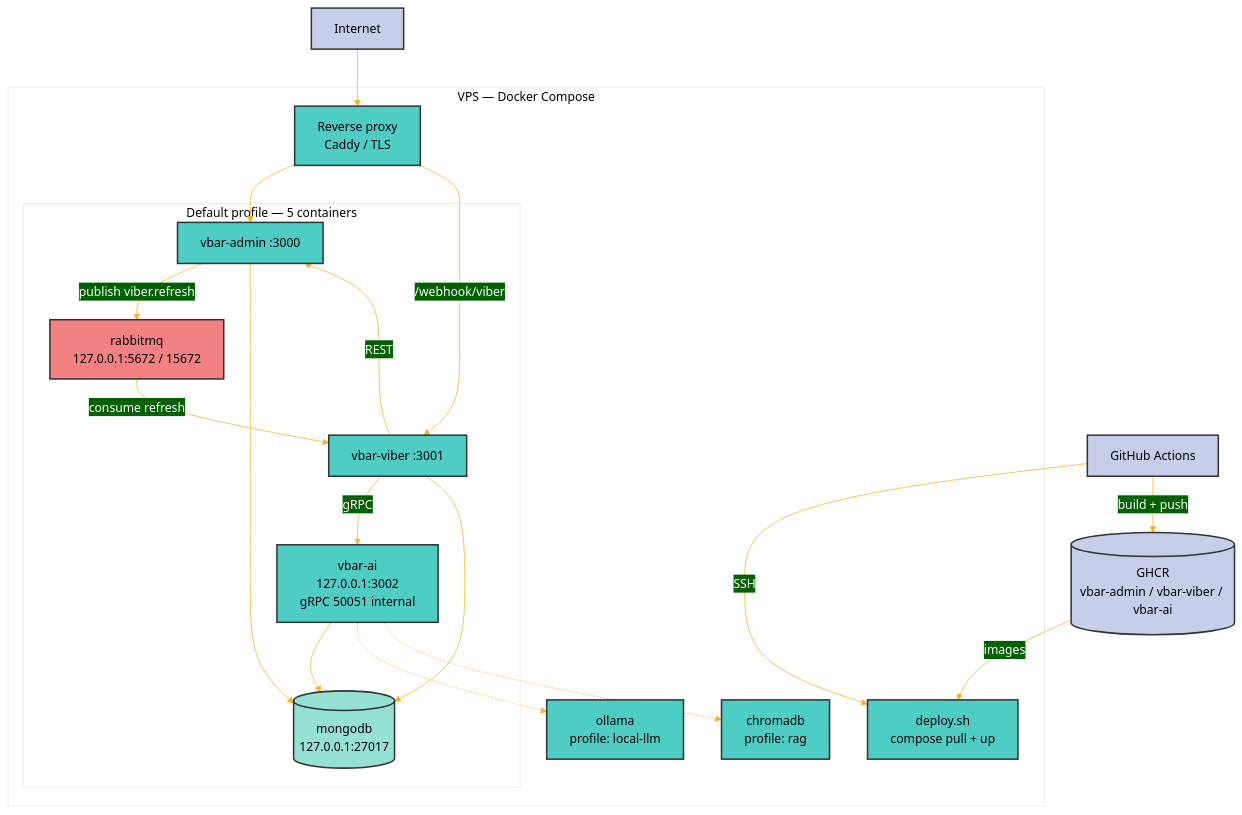
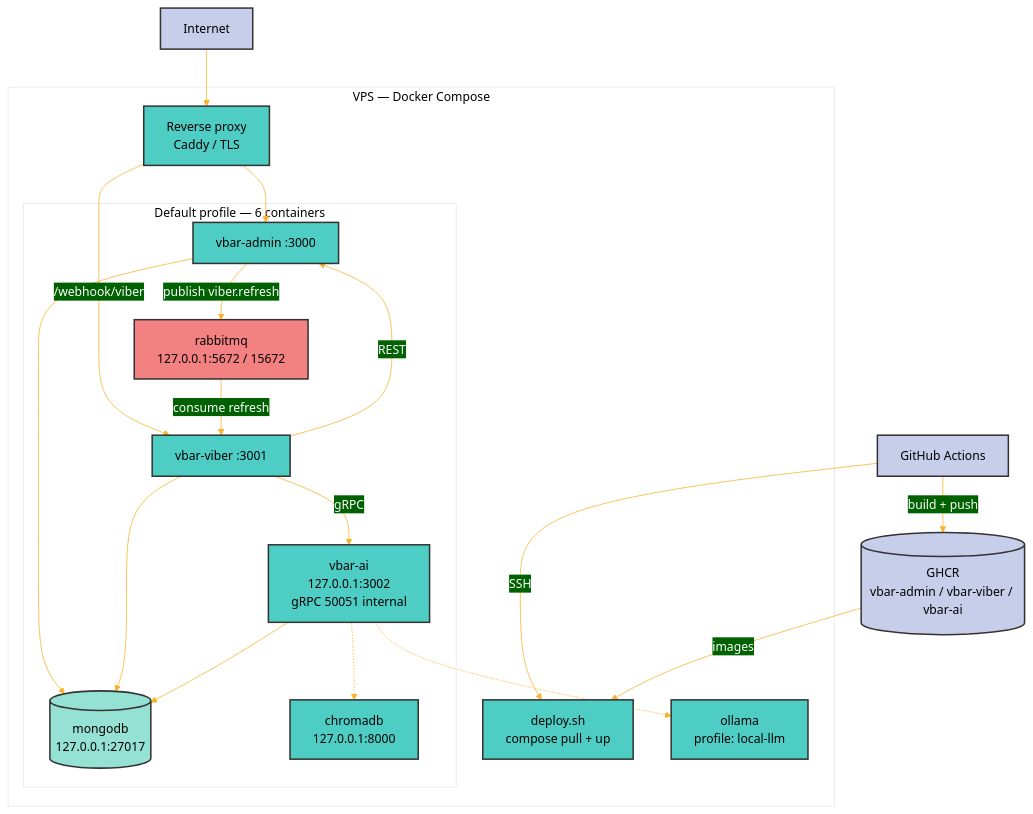
The diagram in documentation/diagrams/deployment.mmd (valiobar/vbar-viber-bot), drawn with Mermaid before and after one commit. The commit also changed 14 other files, not shown here.

First line of the commit message:
feat: Update documentation and configuration for Chroma integration in the default stack

```diff
--- a/documentation/diagrams/deployment.mmd
+++ b/documentation/diagrams/deployment.mmd
@@ -1,49 +1,49 @@
 %%{init: {'theme':'base', 'themeVariables': { 'primaryColor':'#ff6b6b','primaryTextColor':'#fff','primaryBorderColor':'#7C0000','lineColor':'#F8B229','secondaryColor':'#006100','tertiaryColor':'#fff'}}}%%
 flowchart TB
     Internet[Internet]
     GHA[GitHub Actions]
     GHCR[(GHCR<br/>vbar-admin / vbar-viber / vbar-ai)]
 
     subgraph VPS["VPS — Docker Compose"]
         Deploy[deploy.sh<br/>compose pull + up]
         Proxy[Reverse proxy<br/>Caddy / TLS]
 
-        subgraph Default["Default profile — 5 containers"]
+        subgraph Default["Default profile — 6 containers"]
             Admin[vbar-admin :3000]
             Viber[vbar-viber :3001]
             AI[vbar-ai<br/>127.0.0.1:3002<br/>gRPC 50051 internal]
             Mongo[(mongodb<br/>127.0.0.1:27017)]
             Rabbit[rabbitmq<br/>127.0.0.1:5672 / 15672]
+            Chroma[chromadb<br/>127.0.0.1:8000]
         end
 
         Ollama[ollama<br/>profile: local-llm]
-        Chroma[chromadb<br/>profile: rag]
     end
 
     GHA -->|build + push| GHCR
     GHA -->|SSH| Deploy
     GHCR -->|images| Deploy
 
     Internet --> Proxy
     Proxy --> Admin
     Proxy -->|/webhook/viber| Viber
 
     Viber -->|gRPC| AI
     Viber -->|REST| Admin
     Admin -->|publish viber.refresh| Rabbit
     Rabbit -->|consume refresh| Viber
     Admin --> Mongo
     Viber --> Mongo
     AI --> Mongo
     AI -.-> Ollama
     AI -.-> Chroma
 
     classDef svc fill:#4ECDC4,stroke:#333,stroke-width:2px,color:#000
     classDef db fill:#95E1D3,stroke:#333,stroke-width:2px,color:#000
     classDef mq fill:#F38181,stroke:#333,stroke-width:2px,color:#000
     classDef ext fill:#C7CEEA,stroke:#333,stroke-width:2px,color:#000
 
     class Admin,Viber,AI,Ollama,Chroma,Proxy,Deploy svc
     class Mongo db
     class Rabbit mq
     class GHA,GHCR,Internet ext
```
